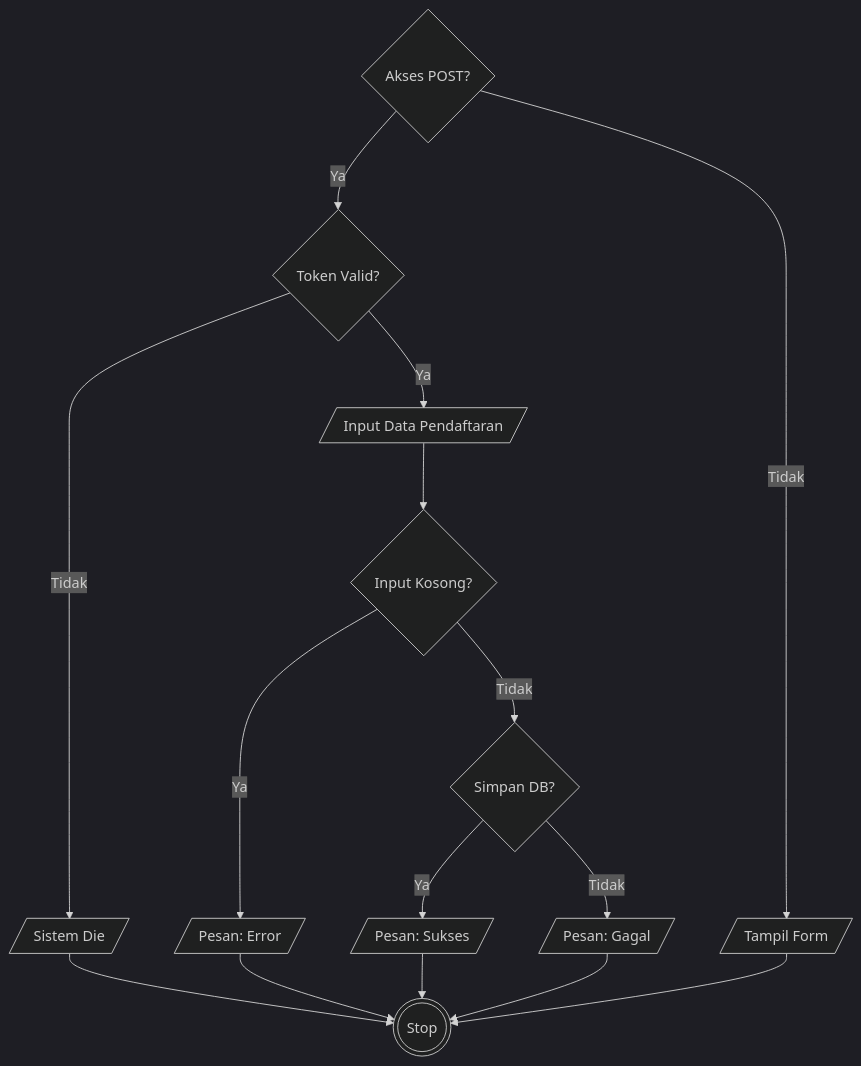
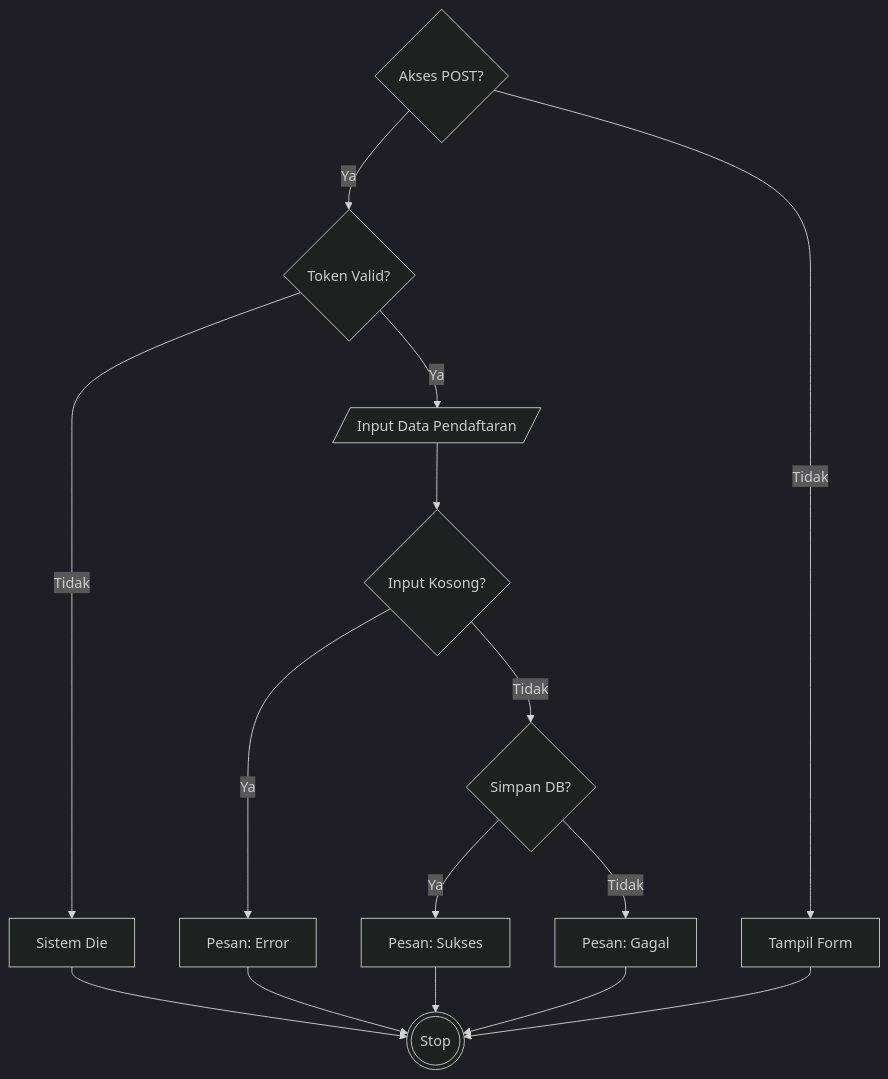
The third of 6 diagrams in docs/07_PENGUJIAN_WHITE_BOX.md (arbain-dev/Web_fikom), drawn with Mermaid (dark theme) before and after one commit. The commit also changed other lines of this file, not shown here.

Commit message:
docs: fix mermaid flowchart node shapes to emphasize input as parallelogram

````diff
--- a/docs/07_PENGUJIAN_WHITE_BOX.md
+++ b/docs/07_PENGUJIAN_WHITE_BOX.md
@@ -143,21 +143,21 @@
 ```mermaid
 flowchart TD
     1{Akses POST?} -->|Ya| 2{Token Valid?}
-    1 -->|Tidak| 10[/Tampil Form/]
+    1 -->|Tidak| 10[Tampil Form]
     
-    2 -->|Tidak| 3[/Sistem Die/]
+    2 -->|Tidak| 3[Sistem Die]
     2 -->|Ya| 4[/Input Data Pendaftaran/]
     
     4 --> 5{Input Kosong?}
-    5 -->|Ya| 6[/Pesan: Error/]
+    5 -->|Ya| 6[Pesan: Error]
     5 -->|Tidak| 7{Simpan DB?}
     
-    7 -->|Ya| 8[/Pesan: Sukses/]
-    7 -->|Tidak| 9[/Pesan: Gagal/]
+    7 -->|Ya| 8[Pesan: Sukses]
+    7 -->|Tidak| 9[Pesan: Gagal]
     
     3 --> 11(((Stop)))
     6 --> 11
     8 --> 11
     9 --> 11
     10 --> 11
 ```
````
